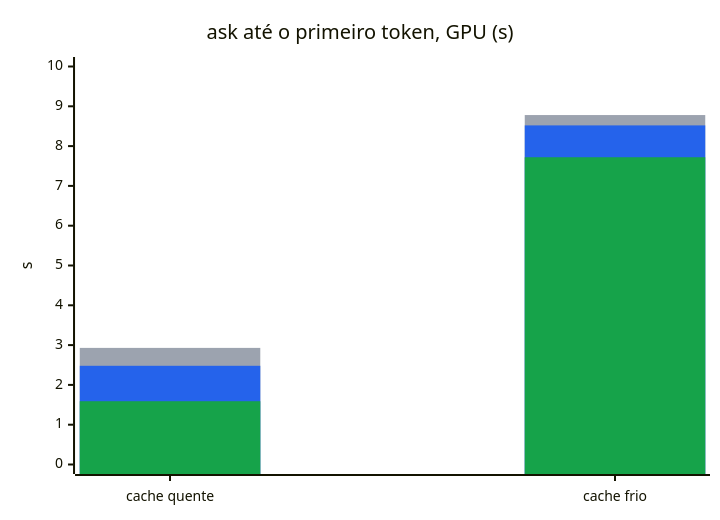
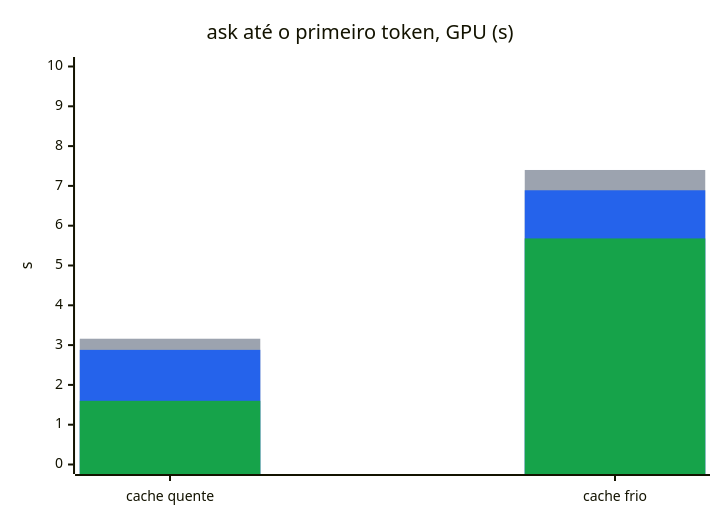
One commit to Chipskein/cade changed the sixth of 10 diagrams in docs/BENCHMARKS.md. Above: the diagram before and after it, drawn with Mermaid. The commit also changed other lines of this file and 32 other files, not shown here.

````diff
--- a/docs/BENCHMARKS.md
+++ b/docs/BENCHMARKS.md
@@ -100,15 +110,15 @@
 ```mermaid
 ---
 config:
   themeVariables:
     xyChart:
       plotColorPalette: "#9ca3af, #2563eb, #16a34a"
 ---
 xychart-beta
   title "ask até o primeiro token, GPU (s)"
   x-axis ["cache quente", "cache frio"]
   y-axis "s" 0 --> 10
-  bar [2.93, 8.78]
-  bar [2.48, 8.52]
-  bar [1.59, 7.72]
+  bar [3.16, 7.40]
+  bar [2.88, 6.89]
+  bar [1.60, 5.68]
 ```
````
